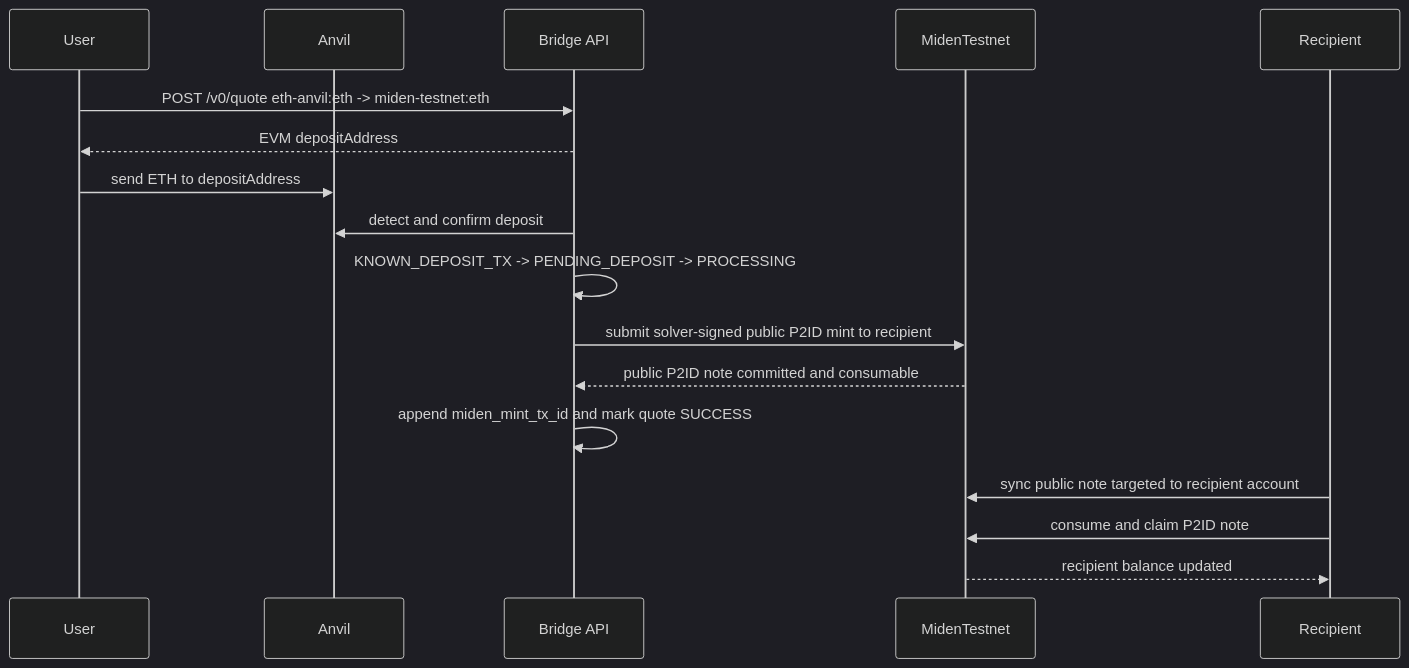
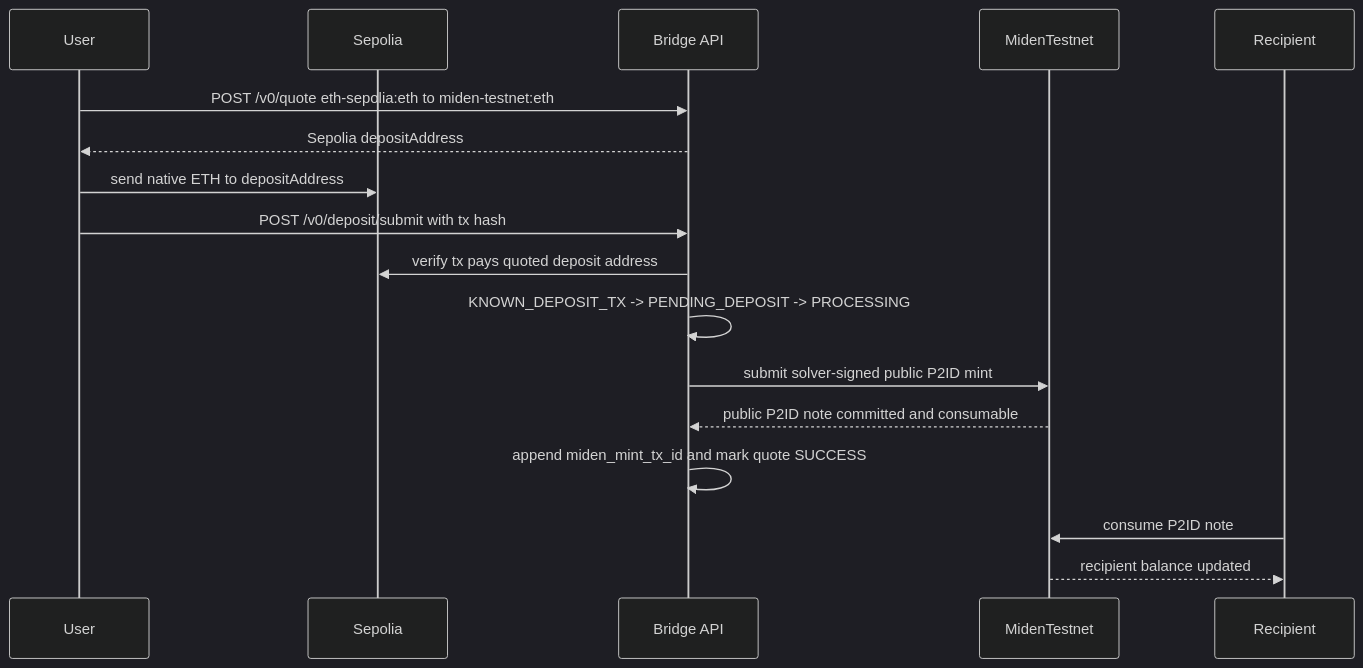
One commit to BrianSeong99/miden-testnet-bridge changed the second of 3 diagrams in README.md. Above: the diagram before and after it, drawn with Mermaid (dark theme). The commit also changed other lines of this file and 11 other files, not shown here.

````diff
--- a/README.md
+++ b/README.md
@@ -320,20 +268,20 @@
 ```mermaid
 sequenceDiagram
     participant User
-    participant Anvil
+    participant Sepolia
     participant BridgeAPI as Bridge API
     participant MidenTestnet
     participant Recipient
 
-    User->>BridgeAPI: POST /v0/quote eth-anvil:eth -> miden-testnet:eth
-    BridgeAPI-->>User: EVM depositAddress
-    User->>Anvil: send ETH to depositAddress
-    BridgeAPI->>Anvil: detect and confirm deposit
+    User->>BridgeAPI: POST /v0/quote eth-sepolia:eth to miden-testnet:eth
+    BridgeAPI-->>User: Sepolia depositAddress
+    User->>Sepolia: send native ETH to depositAddress
+    User->>BridgeAPI: POST /v0/deposit/submit with tx hash
+    BridgeAPI->>Sepolia: verify tx pays quoted deposit address
     BridgeAPI->>BridgeAPI: KNOWN_DEPOSIT_TX -> PENDING_DEPOSIT -> PROCESSING
-    BridgeAPI->>MidenTestnet: submit solver-signed public P2ID mint to recipient
+    BridgeAPI->>MidenTestnet: submit solver-signed public P2ID mint
     MidenTestnet-->>BridgeAPI: public P2ID note committed and consumable
     BridgeAPI->>BridgeAPI: append miden_mint_tx_id and mark quote SUCCESS
-    Recipient->>MidenTestnet: sync public note targeted to recipient account
-    Recipient->>MidenTestnet: consume and claim P2ID note
+    Recipient->>MidenTestnet: consume P2ID note
     MidenTestnet-->>Recipient: recipient balance updated
 ```
````
